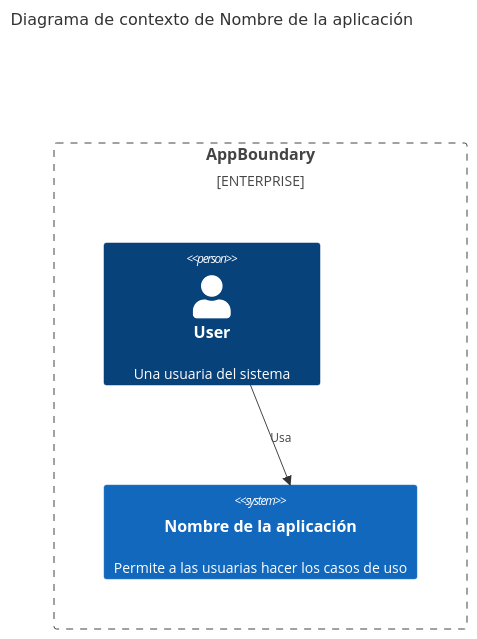
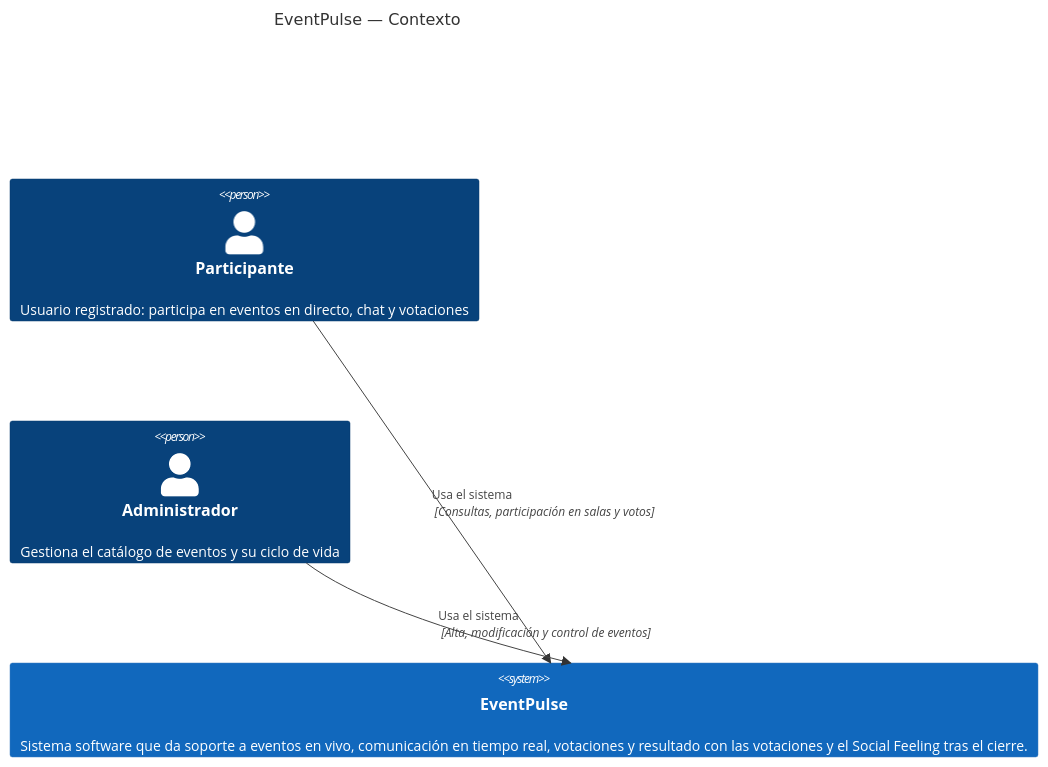
One commit to pablojhdcoder/EventPulse changed the first of 2 diagrams in doc/propuesta.md. Above: the diagram before and after it, drawn with Mermaid. The commit also changed other lines of this file, not shown here.

Commit message:
📝 docs: propuesta del proyecto

````diff
--- a/doc/propuesta.md
+++ b/doc/propuesta.md
@@ -20,12 +85,12 @@
 ```mermaid
 C4Context
-  title Diagrama de contexto de Nombre de la aplicación
-  
-  Enterprise_Boundary(b0, "AppBoundary") {
-    Person(user, "User", "Una usuaria del sistema")
-	
-	System(system, "Nombre de la aplicación", "Permite a las usuarias hacer los casos de uso")
-	
-	Rel(user, system, "Usa")
-}
-``` 
+  title EventPulse — Contexto
+
+  Person(participant, "Participante", "Usuario registrado: participa en eventos en directo, chat y votaciones")
+  Person(admin, "Administrador", "Gestiona el catálogo de eventos y su ciclo de vida")
+
+  System(ep, "EventPulse", "Sistema software que da soporte a eventos en vivo, comunicación en tiempo real, votaciones y resultado con las votaciones y el Social Feeling tras el cierre.")
+
+  Rel(participant, ep, "Usa el sistema", "Consultas, participación en salas y votos")
+  Rel(admin, ep, "Usa el sistema", "Alta, modificación y control de eventos")
+```
````
